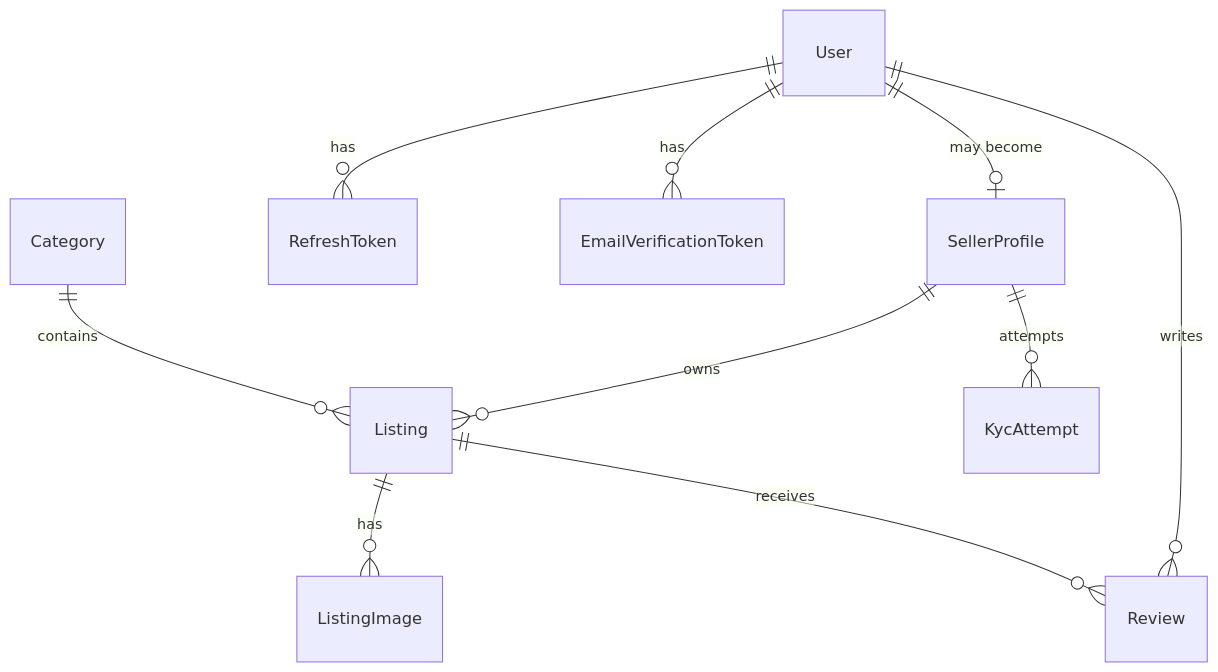
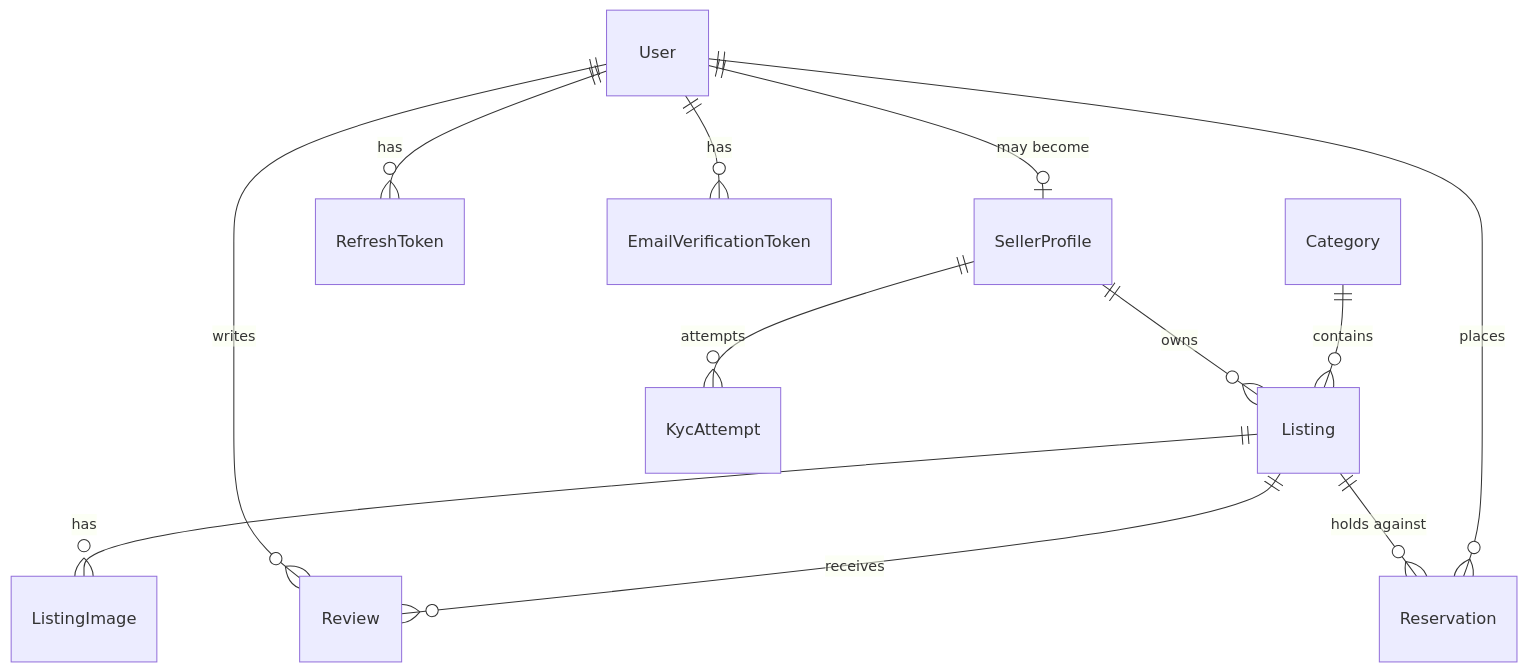
Before and after one commit to prefierolasoledad/Kintsugi: the diagram in docs/architecture/data-model.md, drawn with Mermaid. The commit also changed other lines of this file and 27 other files, not shown here.

````diff
--- a/docs/architecture/data-model.md
+++ b/docs/architecture/data-model.md
@@ -10,12 +10,14 @@
 ```mermaid
 erDiagram
     User ||--o| SellerProfile : "may become"
     User ||--o{ RefreshToken : has
     User ||--o{ EmailVerificationToken : has
     User ||--o{ Review : writes
     SellerProfile ||--o{ Listing : owns
     SellerProfile ||--o{ KycAttempt : "attempts"
     Category ||--o{ Listing : contains
     Listing ||--o{ ListingImage : has
     Listing ||--o{ Review : receives
+    Listing ||--o{ Reservation : "holds against"
+    User ||--o{ Reservation : places
 ```
````
